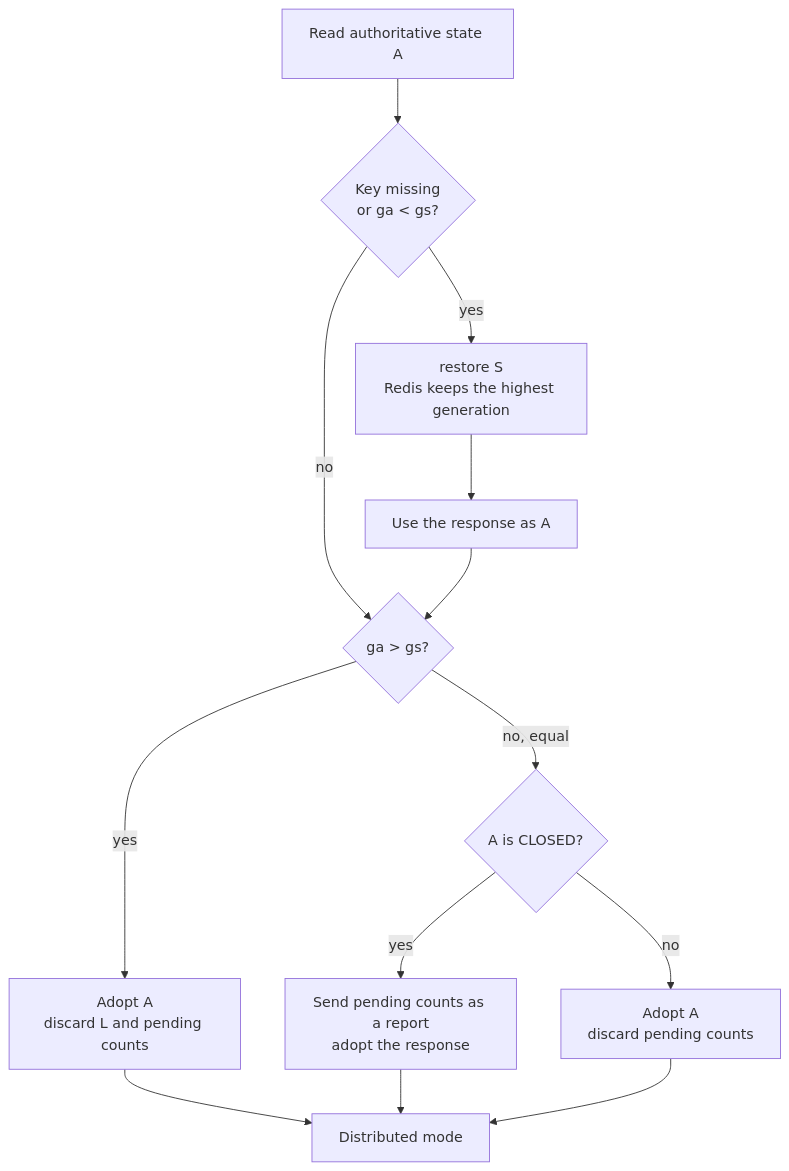
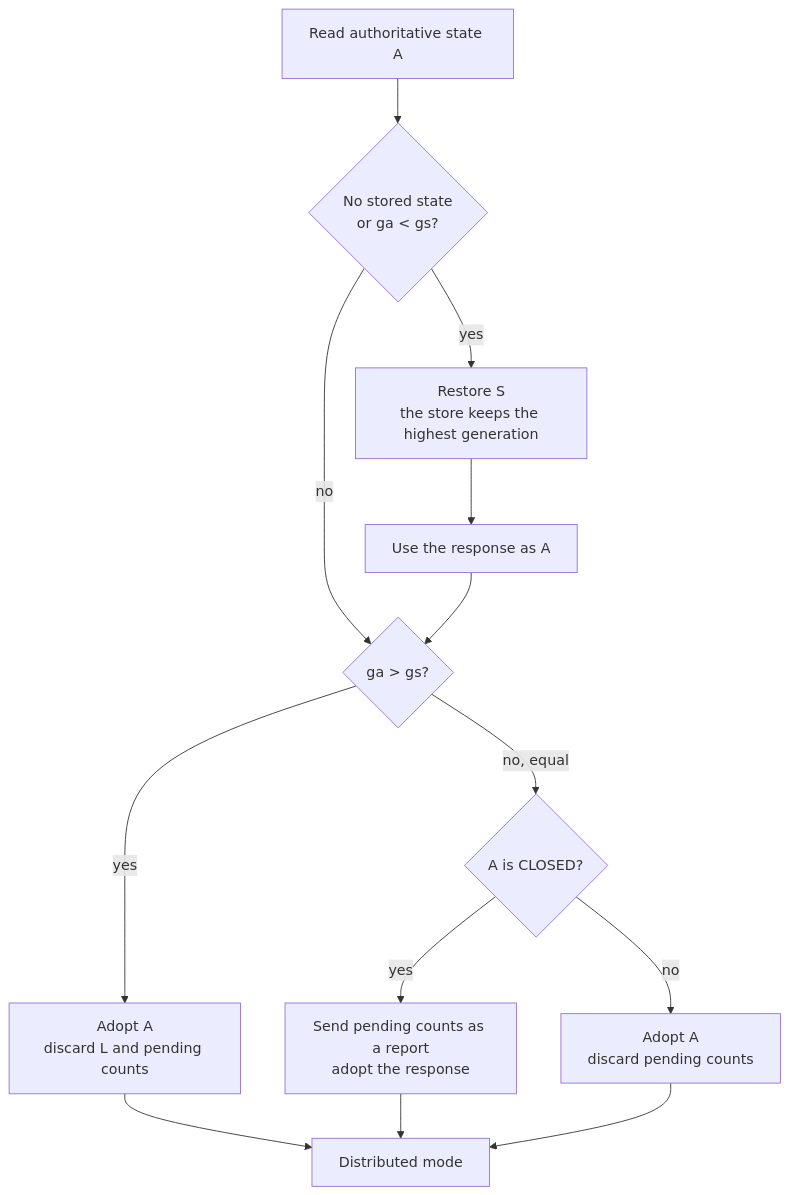
The diagram in docs/circuit-breaker/degraded-mode.md (faultvane/faultvane-go), drawn with Mermaid before and after one commit. The commit also changed other lines of this file and 20 other files, not shown here.

````diff
--- a/docs/circuit-breaker/degraded-mode.md
+++ b/docs/circuit-breaker/degraded-mode.md
@@ -95,14 +95,14 @@
 ```mermaid
 flowchart TD
-    R[Read authoritative state A] --> Q1{Key missing<br/>or ga < gs?}
-    Q1 -- yes --> RS[restore S<br/>Redis keeps the highest generation] --> R2[Use the response as A]
+    R[Read authoritative state A] --> Q1{No stored state<br/>or ga < gs?}
+    Q1 -- yes --> RS[Restore S<br/>the store keeps the highest generation] --> R2[Use the response as A]
     Q1 -- no --> Q2
     R2 --> Q2{ga > gs?}
     Q2 -- yes --> AD[Adopt A<br/>discard L and pending counts]
     Q2 -- no, equal --> Q3{A is CLOSED?}
     Q3 -- yes --> RP[Send pending counts as a report<br/>adopt the response]
     Q3 -- no --> AD2[Adopt A<br/>discard pending counts]
     AD --> DM[Distributed mode]
     RP --> DM
     AD2 --> DM
 ```
````
